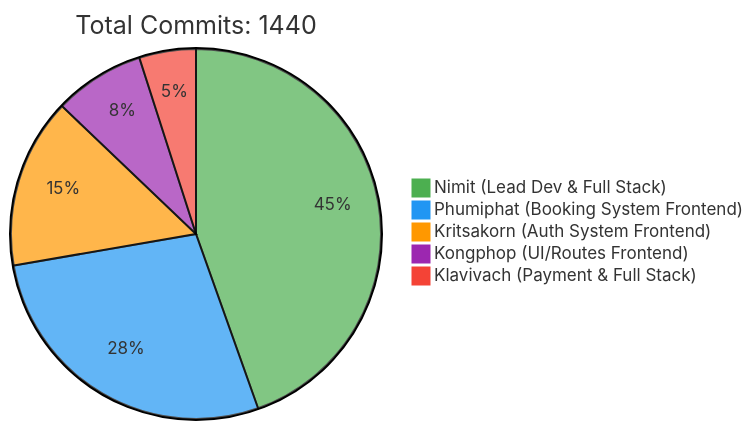
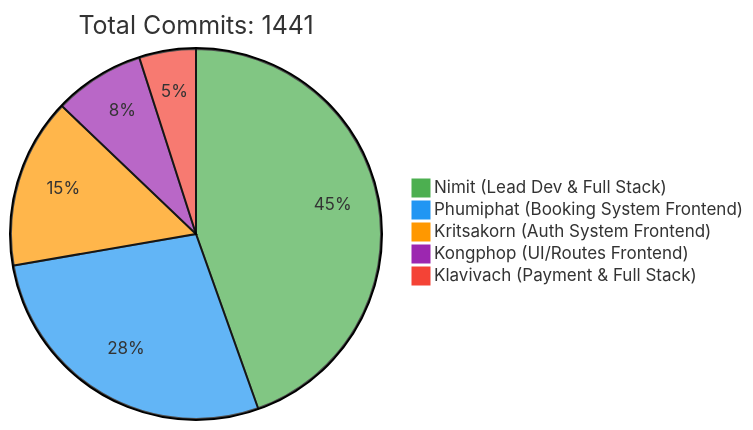
The first of 2 diagrams in README.md (6531503042/Sport-Complex), drawn with Mermaid before and after one commit. The commit also changed other lines of this file, not shown here.

Commit message:
docs: Update contributor statistics [skip ci]

````diff
--- a/README.md
+++ b/README.md
@@ -257,10 +257,10 @@
 ```mermaid
 %%{init: {'theme': 'base', 'themeVariables': { 'pie1': '#4CAF50', 'pie2': '#2196F3', 'pie3': '#FF9800', 'pie4': '#9C27B0', 'pie5': '#F44336'}}}%%
 pie
-    title Total Commits: 1440
+    title Total Commits: 1441
     "Nimit (Lead Dev & Full Stack)" : 450
     "Phumiphat (Booking System Frontend)" : 280
     "Kritsakorn (Auth System Frontend)" : 150
     "Kongphop (UI/Routes Frontend)" : 80
     "Klavivach (Payment & Full Stack)" : 50
 ```
````
